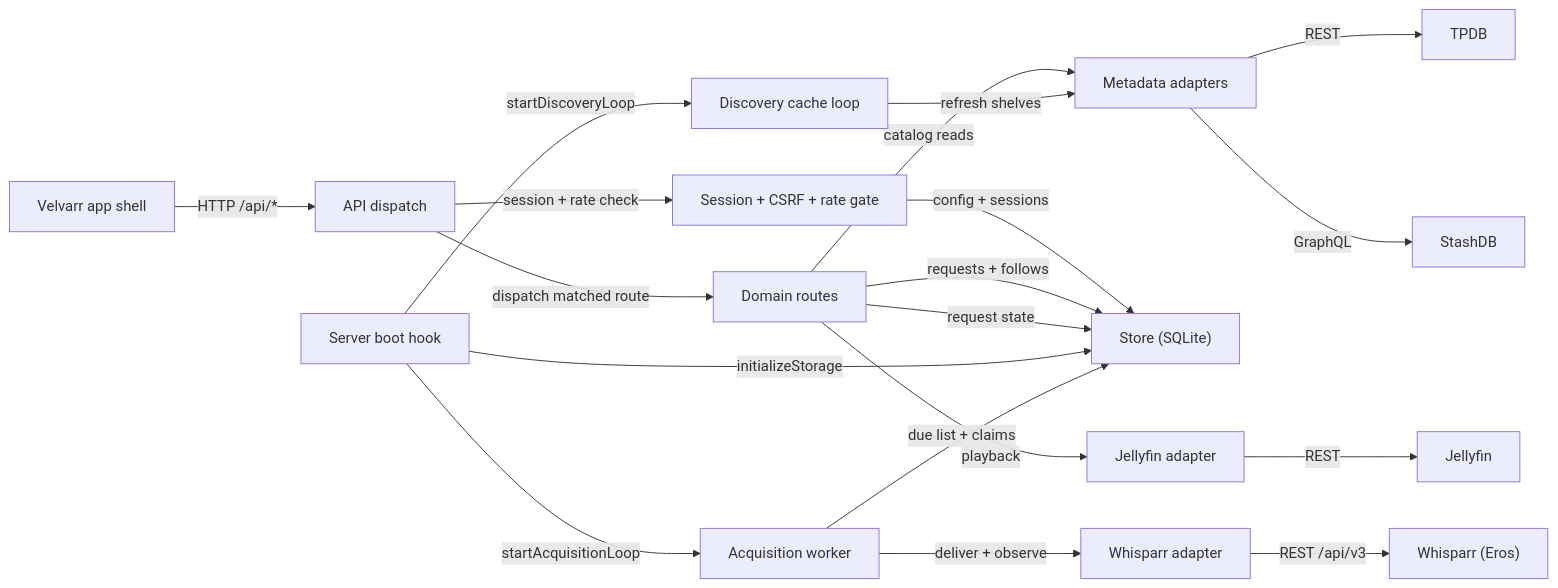
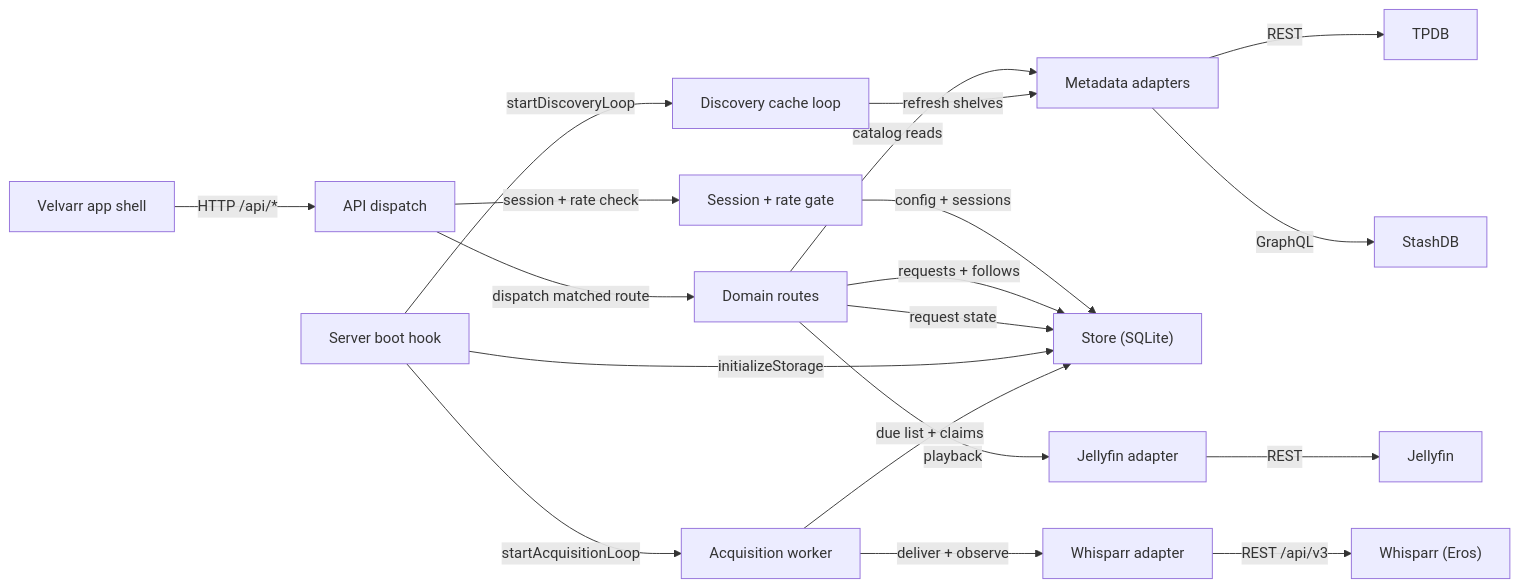
One commit to Skare69/velvarr changed the first of 3 diagrams in docs/how-it-works.md. Above: the diagram before and after it, drawn with Mermaid. The commit also changed other lines of this file and 1 other file, not shown here.

First line of the commit message:
docs(how-it-works): correct flows against the source

````diff
--- a/docs/how-it-works.md
+++ b/docs/how-it-works.md
@@ -15,37 +15,37 @@
 ```mermaid
 flowchart LR
   browser["Velvarr app shell"]
   api["API dispatch"]
-  admission["Session + CSRF + rate gate"]
+  admission["Session + rate gate"]
   routes["Domain routes"]
   metadata["Metadata adapters"]
   store["Store (SQLite)"]
   worker["Acquisition worker"]
   whisparrApi["Whisparr adapter"]
   jellyfinApi["Jellyfin adapter"]
   discovery["Discovery cache loop"]
   boot["Server boot hook"]
   tpdb["TPDB"]
   stashdb["StashDB"]
   whisparr["Whisparr (Eros)"]
   jellyfin["Jellyfin"]
 
   browser -->|"HTTP /api/*"| api
   api -->|"session + rate check"| admission
   api -->|"dispatch matched route"| routes
   admission -->|"config + sessions"| store
   routes -->|"catalog reads"| metadata
   routes -->|"requests + follows"| store
   routes -->|"playback"| jellyfinApi
   routes -->|"request state"| store
   metadata -->|"REST"| tpdb
   metadata -->|"GraphQL"| stashdb
   boot -->|"initializeStorage"| store
   boot -->|"startAcquisitionLoop"| worker
   boot -->|"startDiscoveryLoop"| discovery
   worker -->|"due list + claims"| store
   worker -->|"deliver + observe"| whisparrApi
   whisparrApi -->|"REST /api/v3"| whisparr
   jellyfinApi -->|"REST"| jellyfin
   discovery -->|"refresh shelves"| metadata
 ```
````
